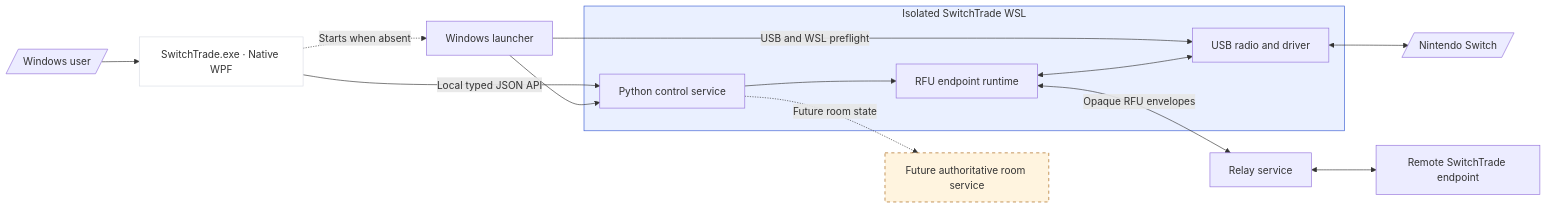
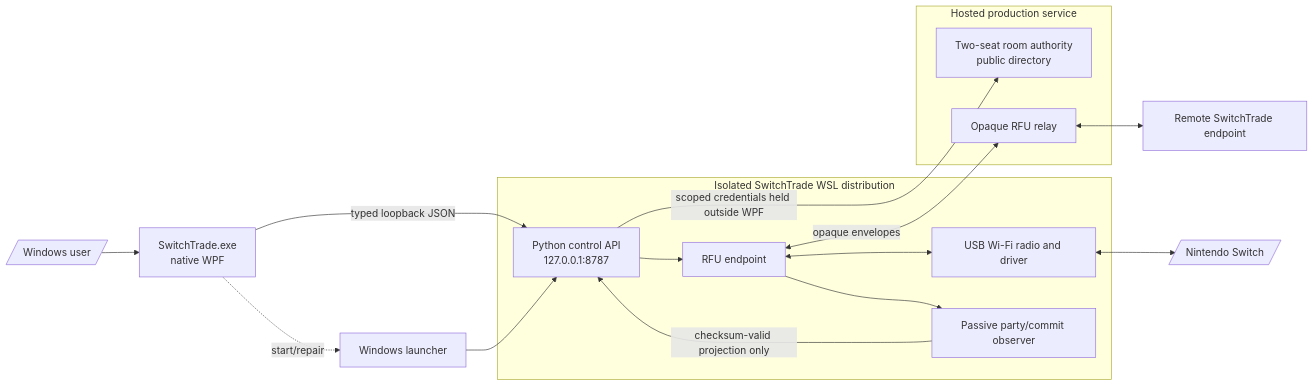
The second of 2 diagrams in docs/54-native-ui-flow-and-runtime-structure-20260825.md (mwl313/mwl-SwitchTrade), drawn with Mermaid before and after one commit. The commit also changed other lines of this file and 61 other files, not shown here.

````diff
--- a/docs/54-native-ui-flow-and-runtime-structure-20260825.md
+++ b/docs/54-native-ui-flow-and-runtime-structure-20260825.md
@@ -130,33 +93,34 @@
 ```mermaid
 flowchart LR
     user[/Windows user/]
-    desktop[SwitchTrade.exe · Native WPF]
+    desktop[SwitchTrade.exe<br/>native WPF]
     launcher[Windows launcher]
 
-    subgraph localRuntime [Isolated SwitchTrade WSL]
-        control[Python control service]
-        endpoint[RFU endpoint runtime]
-        radio[USB radio and driver]
+    subgraph wsl [Isolated SwitchTrade WSL distribution]
+        control[Python control API<br/>127.0.0.1:8787]
+        endpoint[RFU endpoint]
+        radio[USB Wi-Fi radio and driver]
+        observer[Passive party/commit observer]
     end
 
-    lobby[Future authoritative room service]
-    relay[Relay service]
+    subgraph remote [Hosted production service]
+        authority[Two-seat room authority<br/>public directory]
+        relay[Opaque RFU relay]
+    end
+
     switchDevice[/Nintendo Switch/]
-    remotePeer[Remote SwitchTrade endpoint]
+    peer[Remote SwitchTrade endpoint]
 
     user --> desktop
-    desktop -->|Local typed JSON API| control
-    desktop -.->|Starts when absent| launcher
-    launcher -->|USB and WSL preflight| radio
+    desktop -->|typed loopback JSON| control
+    desktop -. start/repair .-> launcher
     launcher --> control
+    control -->|scoped credentials held outside WPF| authority
     control --> endpoint
-    control -.->|Future room state| lobby
     endpoint <--> radio
     radio <--> switchDevice
-    endpoint <-->|Opaque RFU envelopes| relay
-    relay <--> remotePeer
-
-    style localRuntime fill:#EAF0FF,stroke:#375BD2
-    style desktop fill:#FFFFFF,stroke:#D9DDE5
-    style lobby fill:#FFF4DF,stroke:#A45F0B,stroke-dasharray: 5 5
+    endpoint --> observer
+    observer -->|checksum-valid projection only| control
+    endpoint <-->|opaque envelopes| relay
+    relay <--> peer
 ```
````
